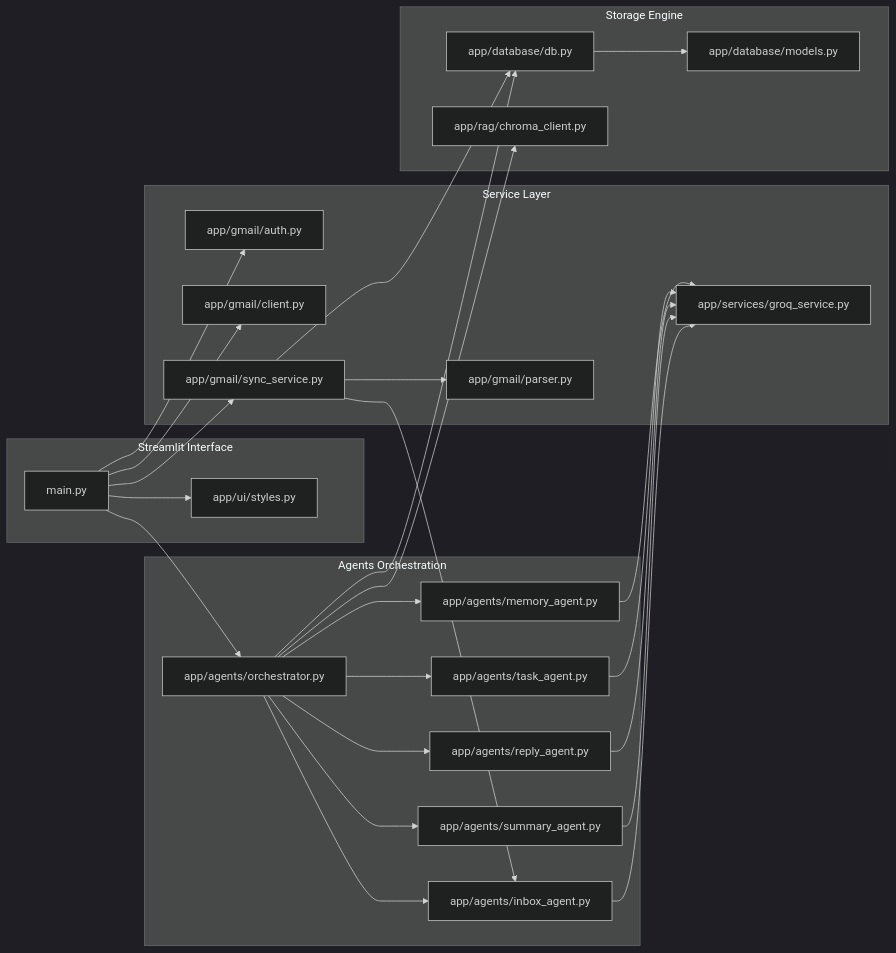
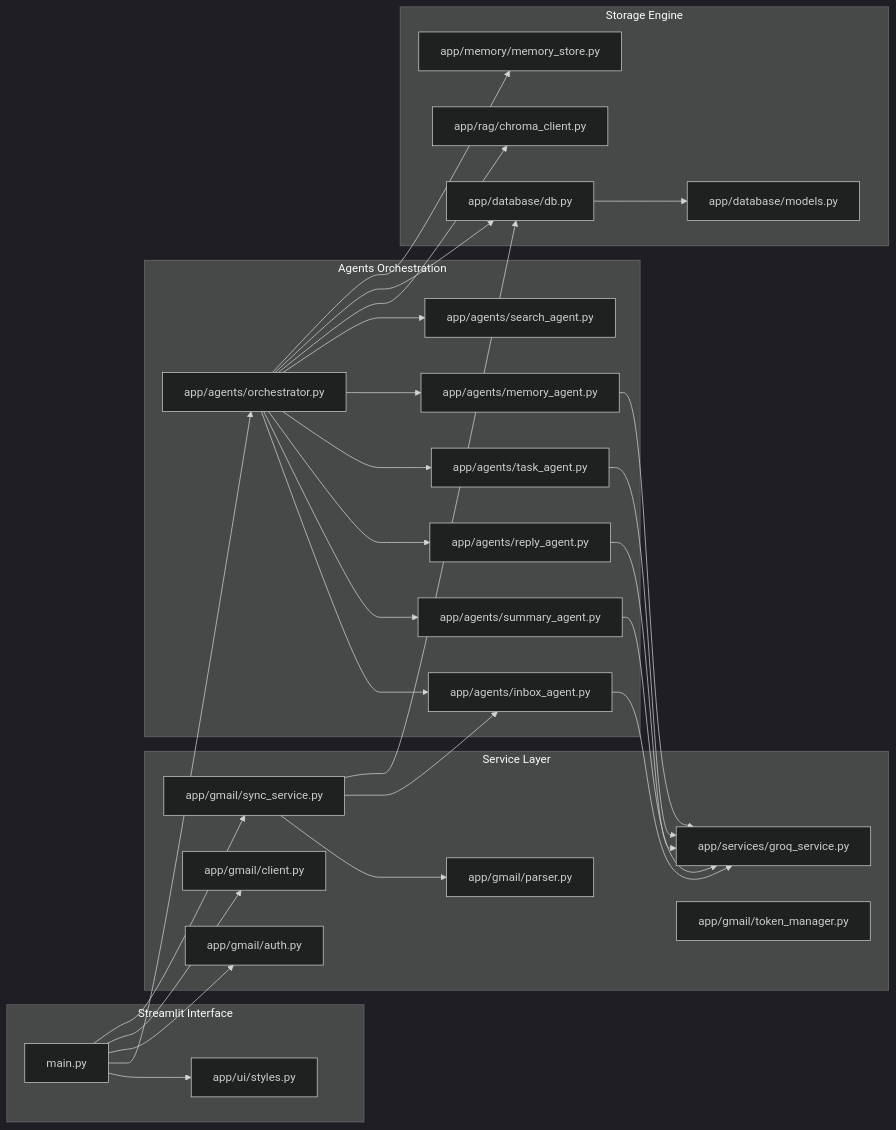
One commit to bittush8789/ai-inbox-copilot changed the second of 6 diagrams in README.md. Above: the diagram before and after it, drawn with Mermaid (dark theme). The commit also changed other lines of this file, not shown here.

Commit message:
docs: align README.md precisely with local Streamlit app structure

````diff
--- a/README.md
+++ b/README.md
@@ -247,51 +173,56 @@
 ```mermaid
 graph LR
     subgraph Streamlit_App [Streamlit Interface]
         Main[main.py]
         Styles[app/ui/styles.py]
     end
 
     subgraph Service_Layer [Service Layer]
         GroqService[app/services/groq_service.py]
         AuthService[app/gmail/auth.py]
         ClientService[app/gmail/client.py]
         ParserService[app/gmail/parser.py]
         SyncService[app/gmail/sync_service.py]
+        TokenService[app/gmail/token_manager.py]
     end
 
     subgraph Agents_Layer [Agents Orchestration]
         Orch[app/agents/orchestrator.py]
         InAgent[app/agents/inbox_agent.py]
         SumAgent[app/agents/summary_agent.py]
         RepAgent[app/agents/reply_agent.py]
         TskAgent[app/agents/task_agent.py]
         MemAgent[app/agents/memory_agent.py]
+        SrcAgent[app/agents/search_agent.py]
     end
 
     subgraph Storage_Layer [Storage Engine]
         DB[app/database/db.py]
         Models[app/database/models.py]
         ChromaClient[app/rag/chroma_client.py]
+        MemStore[app/memory/memory_store.py]
     end
 
     Main --> Styles
     Main --> Orch
     Main --> AuthService
     Main --> ClientService
     Main --> SyncService
 
     SyncService --> ParserService
     SyncService --> InAgent
     SyncService --> DB
 
     Orch --> InAgent
     Orch --> SumAgent
     Orch --> RepAgent
     Orch --> TskAgent
     Orch --> MemAgent
+    Orch --> SrcAgent
     Orch --> ChromaClient
     Orch --> DB
+    Orch --> MemStore
 
     InAgent & SumAgent & RepAgent & TskAgent & MemAgent --> GroqService
     DB --> Models
 ```
````
